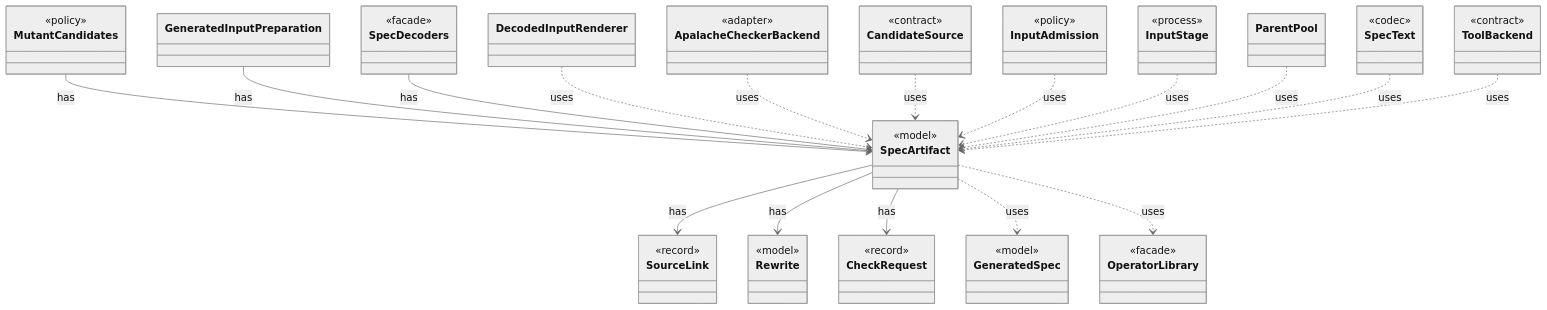
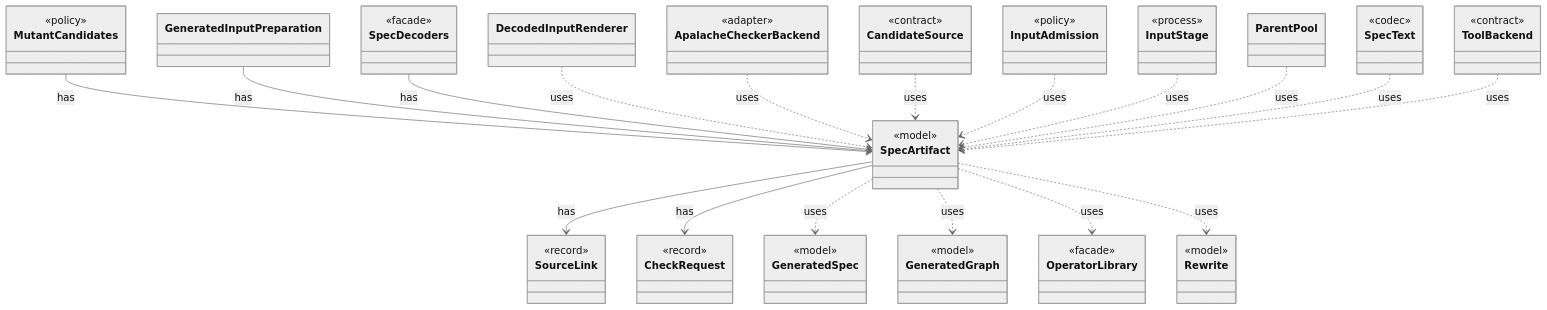
One commit to tlaplus/model-checker-hardening changed the diagram in dev/types/io.github.tlaplus.hardening.workflow.spec.SpecArtifact.md. Above: the diagram before and after it, drawn with Mermaid (neutral theme). The commit also changed other lines of this file and 401 other files, not shown here.

````diff
--- a/dev/types/io.github.tlaplus.hardening.workflow.spec.SpecArtifact.md
+++ b/dev/types/io.github.tlaplus.hardening.workflow.spec.SpecArtifact.md
@@ -9,64 +9,68 @@
 ```mermaid
 classDiagram
   class SpecArtifact {
     <<model>>
   }
   class SourceLink {
     <<record>>
-  }
-  class Rewrite {
-    <<model>>
   }
   class CheckRequest {
     <<record>>
   }
   class MutantCandidates {
     <<policy>>
   }
   class GeneratedInputPreparation
   class SpecDecoders {
     <<facade>>
   }
   class GeneratedSpec {
     <<model>>
   }
+  class GeneratedGraph {
+    <<model>>
+  }
   class OperatorLibrary {
     <<facade>>
+  }
+  class Rewrite {
+    <<model>>
   }
   class DecodedInputRenderer
   class ApalacheCheckerBackend {
     <<adapter>>
   }
   class CandidateSource {
     <<contract>>
   }
   class InputAdmission {
     <<policy>>
   }
   class InputStage {
     <<process>>
   }
   class ParentPool
   class SpecText {
     <<codec>>
   }
   class ToolBackend {
     <<contract>>
   }
   SpecArtifact --> SourceLink : has
-  SpecArtifact --> Rewrite : has
   SpecArtifact --> CheckRequest : has
   MutantCandidates --> SpecArtifact : has
   GeneratedInputPreparation --> SpecArtifact : has
   SpecDecoders --> SpecArtifact : has
   SpecArtifact ..> GeneratedSpec : uses
+  SpecArtifact ..> GeneratedGraph : uses
   SpecArtifact ..> OperatorLibrary : uses
+  SpecArtifact ..> Rewrite : uses
   DecodedInputRenderer ..> SpecArtifact : uses
   ApalacheCheckerBackend ..> SpecArtifact : uses
   CandidateSource ..> SpecArtifact : uses
   InputAdmission ..> SpecArtifact : uses
   InputStage ..> SpecArtifact : uses
   ParentPool ..> SpecArtifact : uses
   SpecText ..> SpecArtifact : uses
   ToolBackend ..> SpecArtifact : uses
 ```
````
